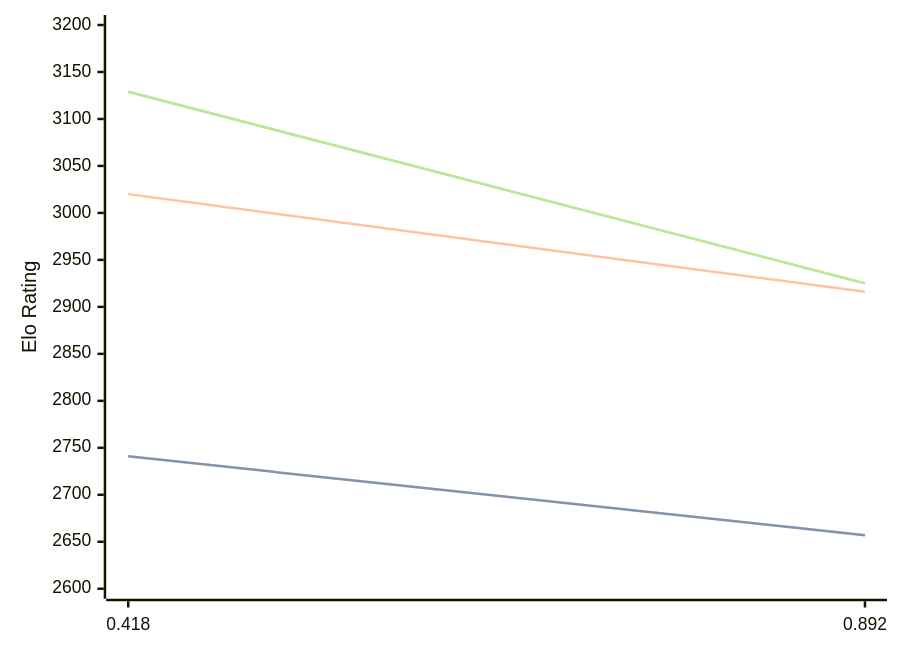
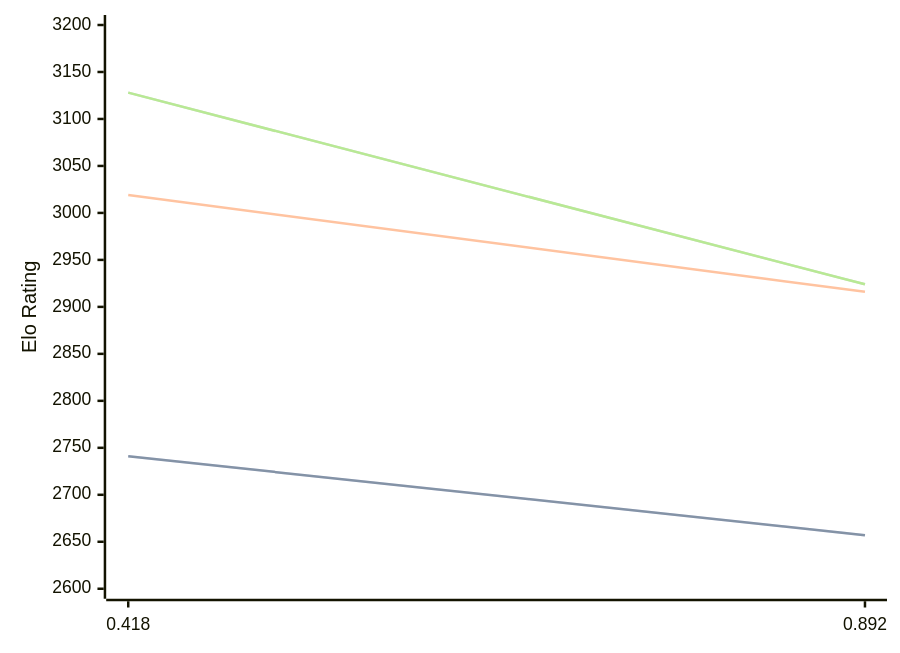
The diagram in engines/Malika.md (computer-chess-index/cci), drawn with Mermaid before and after one commit. The commit also changed other lines of this file, not shown here.

Commit message:
Update CCI Ratings (ELO VLTC) - 2026-03-22

````diff
--- a/engines/Malika.md
+++ b/engines/Malika.md
@@ -32,11 +32,11 @@
 ```mermaid
 %%{init: {"theme":"base","themeVariables":{"seriesColors:['#a3a3a3','#222221','#faa371']}}}%%
 xychart-beta
   x-axis ["0.418", "0.892"]
   y-axis "Elo Rating" 2600 --> 3200
   line "STC (8.0+0.08s)" [2741, 2657]
   line "STC (8.0+0.08s)" [2741, 2657]
-  line "LTC (60.0+0.60s)" [3020, 2916]
-  line "VLTC (2m24s+1.12s)" [3129, 2925]
-  line "VLTC (2m24s+1.12s)" [3129, 2925]
+  line "LTC (60.0+0.60s)" [3019, 2916]
+  line "VLTC (2m24s+1.12s)" [3128, 2924]
+  line "VLTC (2m24s+1.12s)" [3128, 2924]
 ```
````
